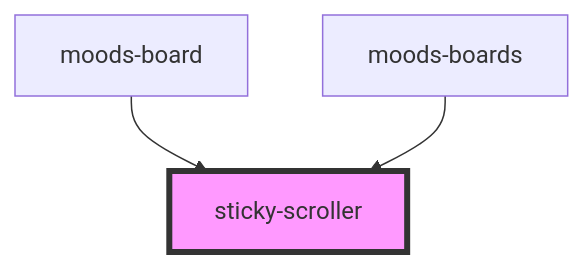
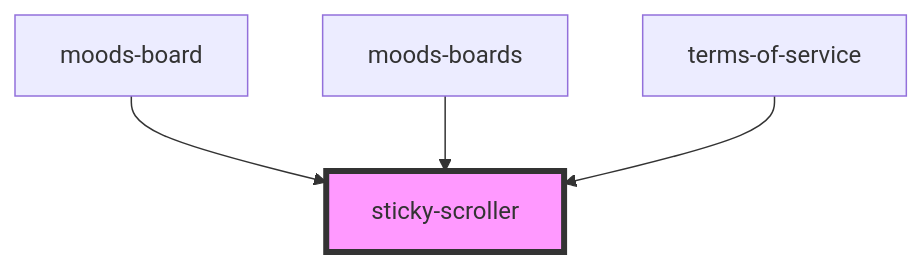
Before and after one commit to the-design-release/leibal-components: the diagram in src/components/sticky-scroller/readme.md, drawn with Mermaid. The commit also changed other lines of this file and 3 other files, not shown here.

````diff
--- a/src/components/sticky-scroller/readme.md
+++ b/src/components/sticky-scroller/readme.md
@@ -25,6 +26,7 @@
 ```mermaid
 graph TD;
   moods-board --> sticky-scroller
   moods-boards --> sticky-scroller
+  terms-of-service --> sticky-scroller
   style sticky-scroller fill:#f9f,stroke:#333,stroke-width:4px
 ```
````
